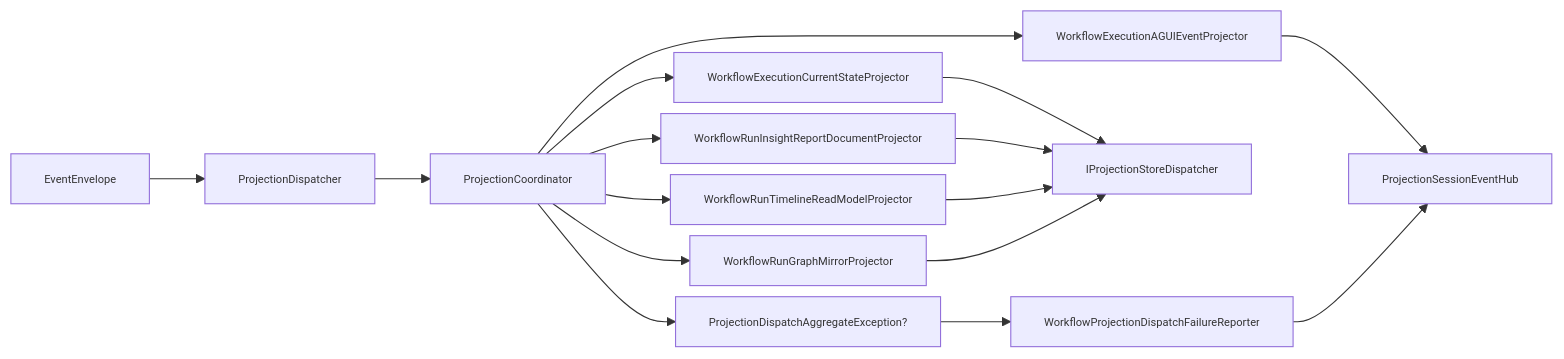
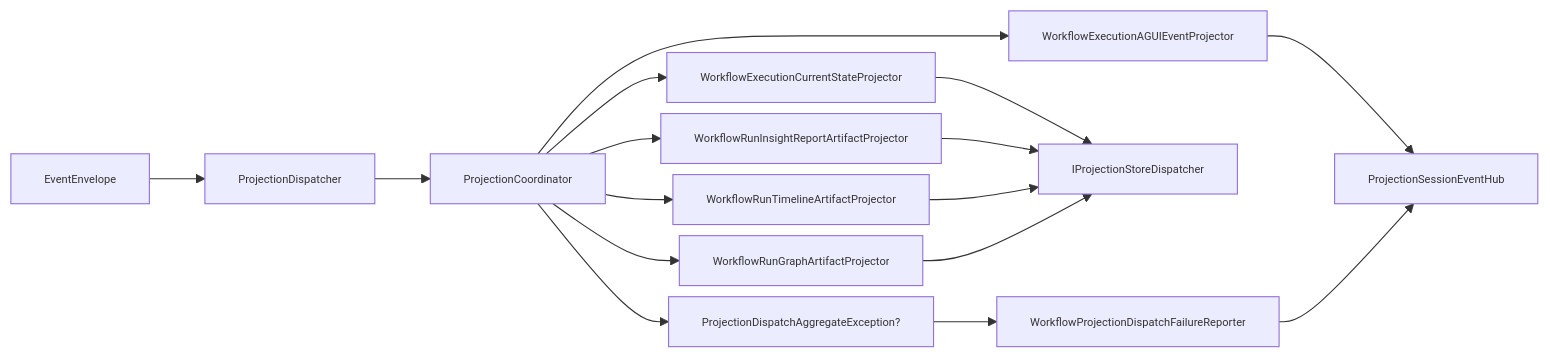
One commit to aevatarAI/aevatar changed the fourth of 5 diagrams in docs/WORKFLOW_LLM_STREAMING_ARCHITECTURE.md. Above: the diagram before and after it, drawn with Mermaid. The commit also changed other lines of this file and 46 other files, not shown here.

````diff
--- a/docs/WORKFLOW_LLM_STREAMING_ARCHITECTURE.md
+++ b/docs/WORKFLOW_LLM_STREAMING_ARCHITECTURE.md
@@ -231,19 +231,19 @@
 ```mermaid
 %%{init: {"maxTextSize": 100000, "flowchart": {"useMaxWidth": false, "nodeSpacing": 10, "rankSpacing": 50}, "themeVariables": {"fontSize": "10px"}}}%%
 flowchart LR
     EV["EventEnvelope"] --> DIS["ProjectionDispatcher"]
     DIS --> CO["ProjectionCoordinator"]
     CO --> P1["WorkflowExecutionCurrentStateProjector"]
-    CO --> P2["WorkflowRunInsightReportDocumentProjector"]
-    CO --> P3["WorkflowRunTimelineReadModelProjector"]
-    CO --> P4["WorkflowRunGraphMirrorProjector"]
+    CO --> P2["WorkflowRunInsightReportArtifactProjector"]
+    CO --> P3["WorkflowRunTimelineArtifactProjector"]
+    CO --> P4["WorkflowRunGraphArtifactProjector"]
     CO --> P5["WorkflowExecutionAGUIEventProjector"]
     P1 --> STORE["IProjectionStoreDispatcher"]
     P2 --> STORE
     P3 --> STORE
     P4 --> STORE
     P5 --> HUB["ProjectionSessionEventHub"]
     CO --> AGG["ProjectionDispatchAggregateException?"]
     AGG --> REP["WorkflowProjectionDispatchFailureReporter"]
     REP --> HUB
 ```
````
